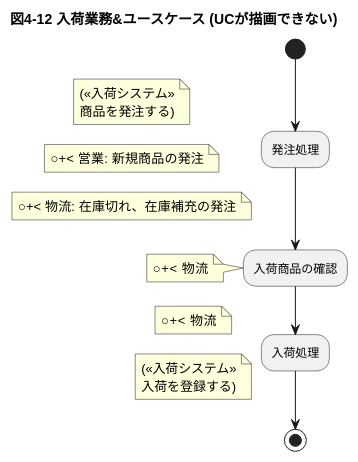
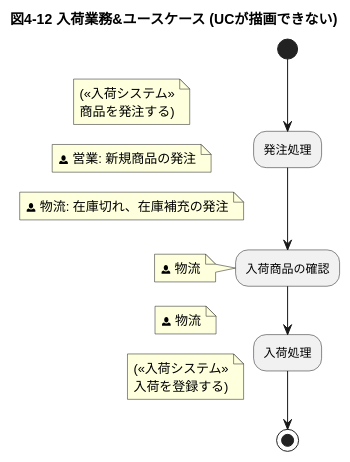
One commit to eyasuyuki/rdra-example changed the diagram in chap04/4-12.puml. Above: the diagram before and after it, drawn with PlantUML. The commit also changed 9 other files, not shown here.

```diff
--- a/chap04/4-12.puml
+++ b/chap04/4-12.puml
@@ -1,14 +1,14 @@
 @startuml
 title 図4-12 入荷業務&ユースケース (UCが描画できない)
 start
 :発注処理;
 note left: (<<入荷システム>>\n商品を発注する)
-note left: ○+< 営業: 新規商品の発注
-note left: ○+< 物流: 在庫切れ、在庫補充の発注
+note left: <&person> 営業: 新規商品の発注
+note left: <&person> 物流: 在庫切れ、在庫補充の発注
 :入荷商品の確認;
-note left: ○+< 物流
+note left: <&person> 物流
 :入荷処理;
-note left: ○+< 物流
+note left: <&person> 物流
 note left: (<<入荷システム>>\n入荷を登録する)
 stop
 @enduml
```
